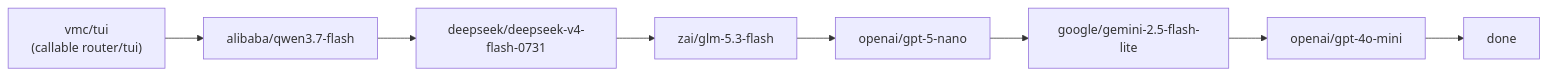
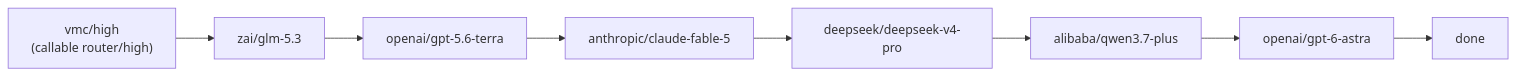
Diagram 14 of 18 in dot_agents/skills/provider-catalog/references/ROUTING_TOPOLOGY.md (phillias/dotfiles), drawn with Mermaid before and after one commit. The commit also changed other lines of this file, not shown here.

First line of the commit message:
docs(provider-catalog): refresh TUI/high/Vercel flowcharts to 2026-10-25 live state

````diff
--- a/dot_agents/skills/provider-catalog/references/ROUTING_TOPOLOGY.md
+++ b/dot_agents/skills/provider-catalog/references/ROUTING_TOPOLOGY.md
@@ -166,4 +182,4 @@
 ```mermaid
 flowchart LR
-    vt0["vmc/tui<br/>(callable router/tui)"] --> vt1["alibaba/qwen3.7-flash"] --> vt2["deepseek/deepseek-v4-flash-0731"] --> vt3["zai/glm-5.3-flash"] --> vt4["openai/gpt-5-nano"] --> vt5["google/gemini-2.5-flash-lite"] --> vt6["openai/gpt-4o-mini"] --> done
+    vh0["vmc/high<br/>(callable router/high)"] --> vh1["zai/glm-5.3"] --> vh2["openai/gpt-5.6-terra"] --> vh3["anthropic/claude-fable-5"] --> vh4["deepseek/deepseek-v4-pro"] --> vh5["alibaba/qwen3.7-plus"] --> vh6["openai/gpt-6-astra"] --> done
 ```
````
